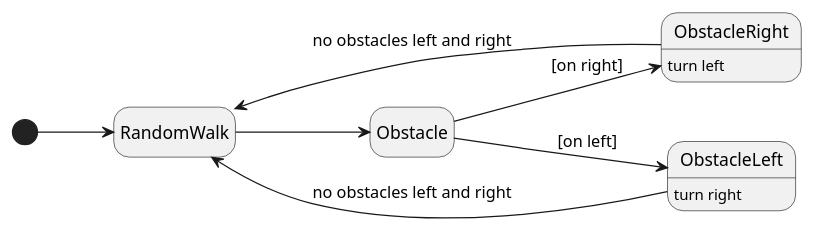
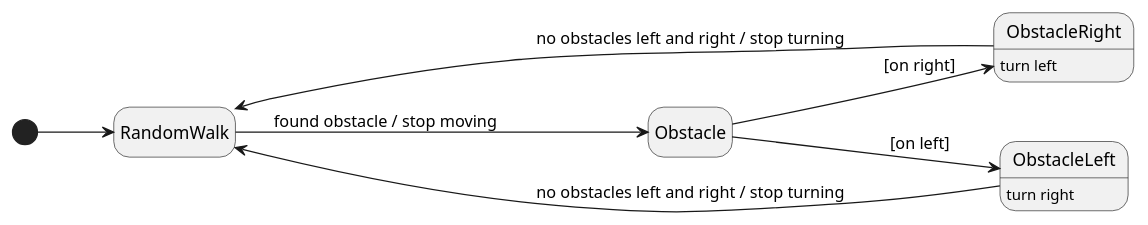
Before and after one commit to Ventus218/irs-2025-assignment-01: the diagram in random_walk_collision_avoidance.puml, drawn with PlantUML. The commit also changed 1 other file, not shown here.

```diff
--- a/random_walk_collision_avoidance.puml
+++ b/random_walk_collision_avoidance.puml
@@ -1,19 +1,19 @@
 @startuml random_walk_collision_avoidance
 
 left to right direction
 hide empty description
 
 [*] --> RandomWalk
-RandomWalk --> Obstacle
+RandomWalk --> Obstacle : found obstacle / stop moving
 
 state Obstacle <<choice>>
 Obstacle --> ObstacleRight : [on right]
 Obstacle --> ObstacleLeft : [on left]
 
 ObstacleLeft : turn right
-ObstacleLeft -u-> RandomWalk : no obstacles left and right
+ObstacleLeft -u-> RandomWalk : no obstacles left and right / stop turning
 
 ObstacleRight : turn left
-ObstacleRight -u-> RandomWalk : no obstacles left and right
+ObstacleRight -u-> RandomWalk : no obstacles left and right / stop turning
 
 @enduml
```
